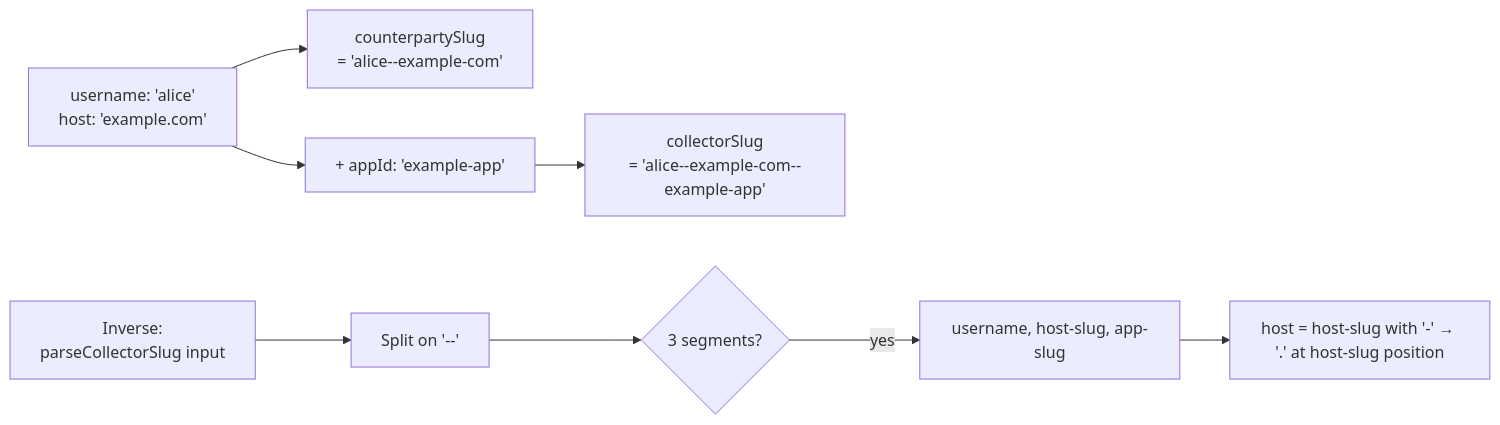
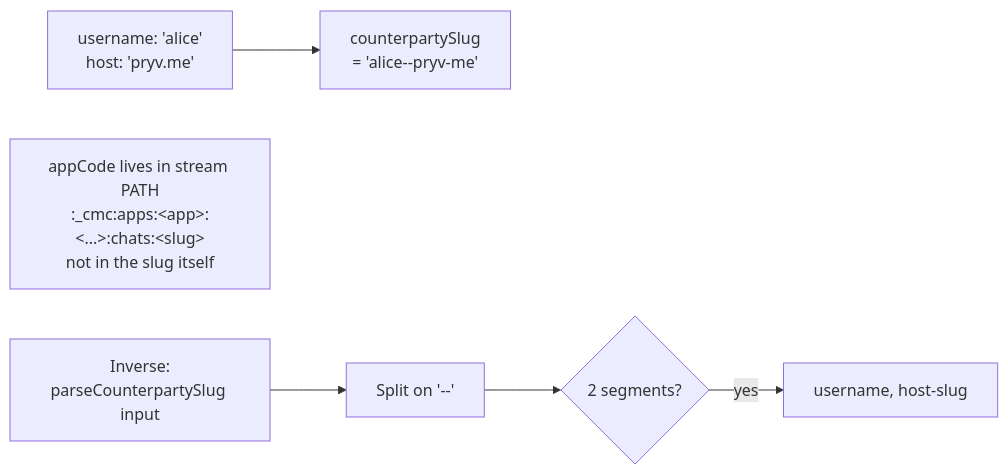
One commit to pryv/open-pryv.io changed diagram 11 of 14 in components/cmc/INTERNALS.md. Above: the diagram before and after it, drawn with Mermaid. The commit also changed other lines of this file and 2 other files, not shown here.

First line of the commit message:
plan 68 — docs: rewrite to nested-under-apps namespace

````diff
--- a/components/cmc/INTERNALS.md
+++ b/components/cmc/INTERNALS.md
@@ -465,13 +461,10 @@
 ```mermaid
 flowchart LR
-    A[username: 'alice'<br/>host: 'example.com']
-    A --> B[counterpartySlug<br/>= 'alice--example-com']
-    A --> C[+ appId: 'example-app']
-    C --> D[collectorSlug<br/>= 'alice--example-com--example-app']
-
-    E[Inverse:<br/>parseCollectorSlug input]
-    E --> F[Split on '--']
-    F --> G{3 segments?}
-    G -- yes --> H[username, host-slug, app-slug]
-    H --> I[host = host-slug with '-' → '.' at host-slug position]
+    A[username: 'alice'<br/>host: 'pryv.me']
+    A --> B[counterpartySlug<br/>= 'alice--pryv-me']
+    C[appCode lives in stream PATH<br/>:_cmc:apps:&lt;app&gt;:&lt;...&gt;:chats:&lt;slug&gt;<br/>not in the slug itself]
+    D[Inverse:<br/>parseCounterpartySlug input]
+    D --> E[Split on '--']
+    E --> F{2 segments?}
+    F -- yes --> G[username, host-slug]
 ```
````
